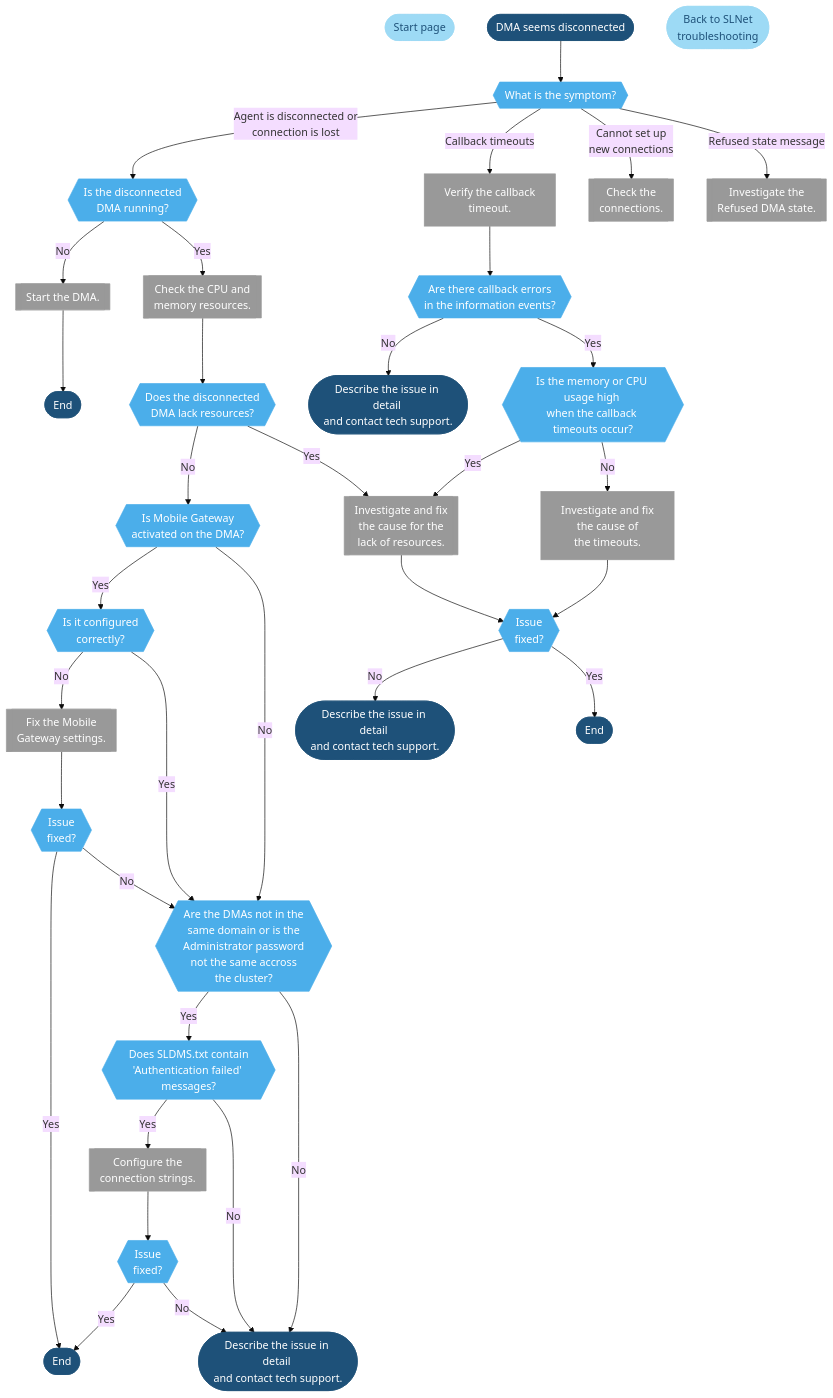
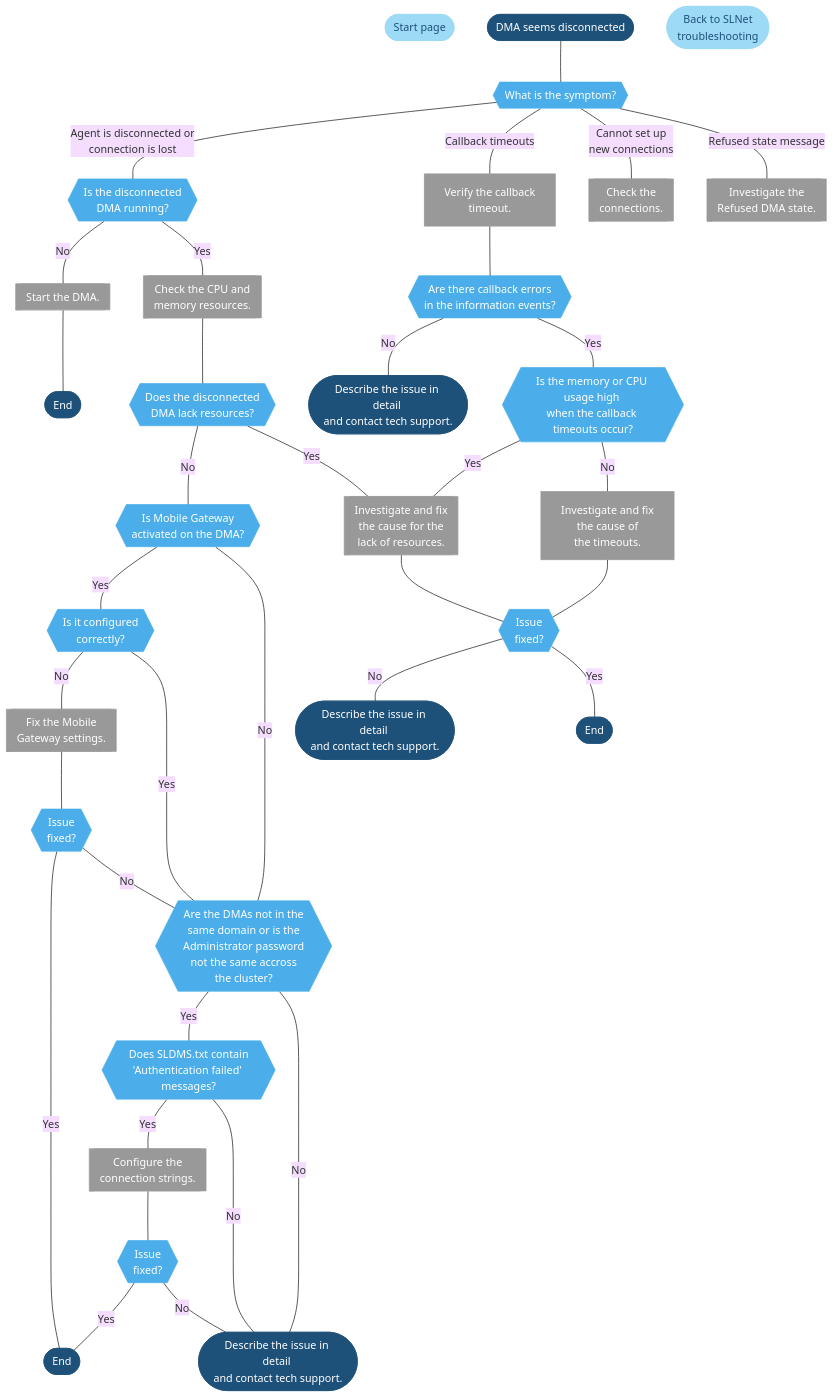
The diagram in user-guide/Troubleshooting/Troubleshooting_Flowcharts/Troubleshooting_Process_Identification/Communication_processes/SLNet/Troubleshooting_SLNet_Disconnects.md (SkylineCommunications/dataminer-docs), drawn with Mermaid (base theme) before and after one commit. The commit also changed 17 other files, not shown here.

```diff
--- a/user-guide/Troubleshooting/Troubleshooting_Flowcharts/Troubleshooting_Process_Identification/Communication_processes/SLNet/Troubleshooting_SLNet_Disconnects.md
+++ b/user-guide/Troubleshooting/Troubleshooting_Flowcharts/Troubleshooting_Process_Identification/Communication_processes/SLNet/Troubleshooting_SLNet_Disconnects.md
@@ -27,65 +27,65 @@
   Home([Start page])
   Start([DMA seems disconnected])
   Back([Back to SLNet <br/>troubleshooting])
-  Start --> WhatSymtoms
+  Start --- WhatSymtoms
   WhatSymtoms{{What is the symptom?}}
-  WhatSymtoms --> |Agent is disconnected or<br>connection is lost| IsAgentRunning
-  WhatSymtoms --> |Callback timeouts| VerifyCallback
-  WhatSymtoms --> |Cannot set up <br>new connections|NoMoreConnections
-  WhatSymtoms --> |Refused state message| RefusedState
+  WhatSymtoms --- |Agent is disconnected or<br>connection is lost| IsAgentRunning
+  WhatSymtoms --- |Callback timeouts| VerifyCallback
+  WhatSymtoms --- |Cannot set up <br>new connections|NoMoreConnections
+  WhatSymtoms --- |Refused state message| RefusedState
   %% -----------------------------------------------------------------------
   %% branch: Agent disconnected or lost
   %% -----------------------------------------------------------------------
   IsAgentRunning{{Is the disconnected<br/> DMA running?}}
-  IsAgentRunning --> |No| StartAgent
-  IsAgentRunning --> |Yes| CheckCPUAndMem
+  IsAgentRunning --- |No| StartAgent
+  IsAgentRunning --- |Yes| CheckCPUAndMem
   StartAgent[[Start the DMA.]]
-  StartAgent --> Ending_3
+  StartAgent --- Ending_3
   CheckCPUAndMem[[Check the CPU and<br/>memory resources.]]
-  CheckCPUAndMem --> AreResourcesOk
+  CheckCPUAndMem --- AreResourcesOk
   AreResourcesOk{{Does the disconnected <br/>DMA lack resources?}}
-  AreResourcesOk --> |No| HasMobileGateway
-  AreResourcesOk --> |Yes| LackResources
+  AreResourcesOk --- |No| HasMobileGateway
+  AreResourcesOk --- |Yes| LackResources
   LackResources[[Investigate and fix<br/>the cause for the<br/>lack of resources.]]
-  LackResources --> IsIssueFixed_3
+  LackResources --- IsIssueFixed_3
   IsIssueFixed_3{{Issue<br/>fixed?}}
-  IsIssueFixed_3 --> |No| ContactTechsupport_3
-  IsIssueFixed_3 --> |Yes| Ending_2
+  IsIssueFixed_3 --- |No| ContactTechsupport_3
+  IsIssueFixed_3 --- |Yes| Ending_2
   HasMobileGateway{{Is Mobile Gateway <br/>activated on the DMA?}}
-  HasMobileGateway --> |Yes| MoblieGatewayActivated
-  HasMobileGateway --> |No| NotInSameDomain
+  HasMobileGateway --- |Yes| MoblieGatewayActivated
+  HasMobileGateway --- |No| NotInSameDomain
   MoblieGatewayActivated{{Is it configured<br/>correctly?}}
-  MoblieGatewayActivated --> |No| FixMobileGatewaySettings
-  MoblieGatewayActivated --> |Yes| NotInSameDomain
+  MoblieGatewayActivated --- |No| FixMobileGatewaySettings
+  MoblieGatewayActivated --- |Yes| NotInSameDomain
   FixMobileGatewaySettings[[Fix the Mobile <br/>Gateway settings.]]
-  FixMobileGatewaySettings --> IsIssueFixed_1
+  FixMobileGatewaySettings --- IsIssueFixed_1
   IsIssueFixed_1{{Issue<br/>fixed?}}
-  IsIssueFixed_1 --> |Yes| Ending_1
-  IsIssueFixed_1 --> |No| NotInSameDomain
+  IsIssueFixed_1 --- |Yes| Ending_1
+  IsIssueFixed_1 --- |No| NotInSameDomain
   NotInSameDomain{{Are the DMAs not in the<br/>same domain or is the <br/>Administrator password<br/>not the same 	accross<br/>the cluster?}}
-  NotInSameDomain --> |Yes| CheckSLDMS
-  NotInSameDomain --> |No| ContactTechsupport
+  NotInSameDomain --- |Yes| CheckSLDMS
+  NotInSameDomain --- |No| ContactTechsupport
   CheckSLDMS{{Does SLDMS.txt contain<br/>'Authentication failed' messages?}}
-  CheckSLDMS --> |Yes| ConfigureConnectionStrings
-  CheckSLDMS --> |No| ContactTechsupport
+  CheckSLDMS --- |Yes| ConfigureConnectionStrings
+  CheckSLDMS --- |No| ContactTechsupport
   ConfigureConnectionStrings[[Configure the<br/>connection strings.]]
-  ConfigureConnectionStrings --> IsIssueFixed_2
+  ConfigureConnectionStrings --- IsIssueFixed_2
   IsIssueFixed_2{{Issue<br/>fixed?}}
-  IsIssueFixed_2 --> |Yes| Ending_1
-  IsIssueFixed_2 --> |No| ContactTechsupport
+  IsIssueFixed_2 --- |Yes| Ending_1
+  IsIssueFixed_2 --- |No| ContactTechsupport
   %% -----------------------------------------------------------------------
   %% branch: Callback timeouts
   %% -----------------------------------------------------------------------
   VerifyCallback[Verify the callback <br/>timeout.]
-  VerifyCallback-->CallbackVerified
+  VerifyCallback---CallbackVerified
   CallbackVerified{{Are there callback errors<br/>in the information events?}}
-  CallbackVerified-->|No|ContactTechsupport_2
-  CallbackVerified-->|Yes|ResourcesCheck
+  CallbackVerified---|No|ContactTechsupport_2
+  CallbackVerified---|Yes|ResourcesCheck
   ResourcesCheck{{Is the memory or CPU usage high <br/>when the callback timeouts occur?}}
-  ResourcesCheck-->|Yes|LackResources
-  ResourcesCheck-->|No|DebugCallback
+  ResourcesCheck---|Yes|LackResources
+  ResourcesCheck---|No|DebugCallback
   DebugCallback[Investigate and fix<br/>the cause of<br/>the timeouts.]
-  DebugCallback --> IsIssueFixed_3
+  DebugCallback --- IsIssueFixed_3
   %% -----------------------------------------------------------------------
   %% branch: Cannot setup new connections
   %% -----------------------------------------------------------------------
```
